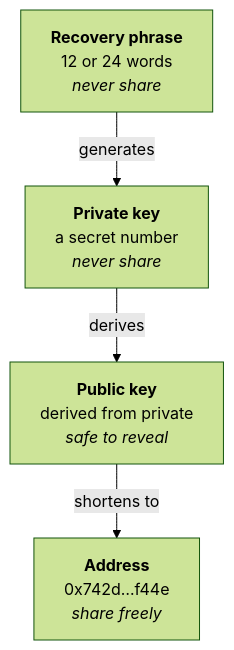
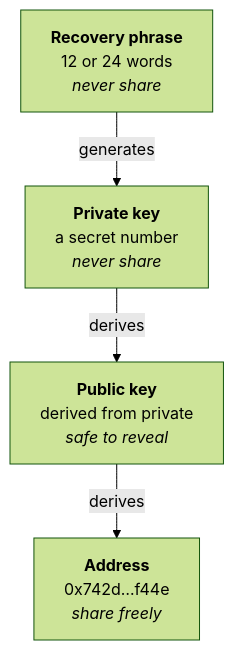
Before and after one commit to Blockchain-NTU-SG/academy-handbook: the diagram in docs/foundation/week-1/day-6-wallets-and-accounts.md, drawn with Mermaid (forest theme). The commit also changed other lines of this file and 28 other files, not shown here.

````diff
--- a/docs/foundation/week-1/day-6-wallets-and-accounts.md
+++ b/docs/foundation/week-1/day-6-wallets-and-accounts.md
@@ -64,8 +67,8 @@
 ```mermaid
 flowchart TD
   R["<b>Recovery phrase</b><br/>12 or 24 words<br/><i>never share</i>"]
   P["<b>Private key</b><br/>a secret number<br/><i>never share</i>"]
   U["<b>Public key</b><br/>derived from private<br/><i>safe to reveal</i>"]
   A["<b>Address</b><br/>0x742d…f44e<br/><i>share freely</i>"]
-  R -->|generates| P -->|derives| U -->|shortens to| A
+  R -->|generates| P -->|derives| U -->|derives| A
 ```
````
